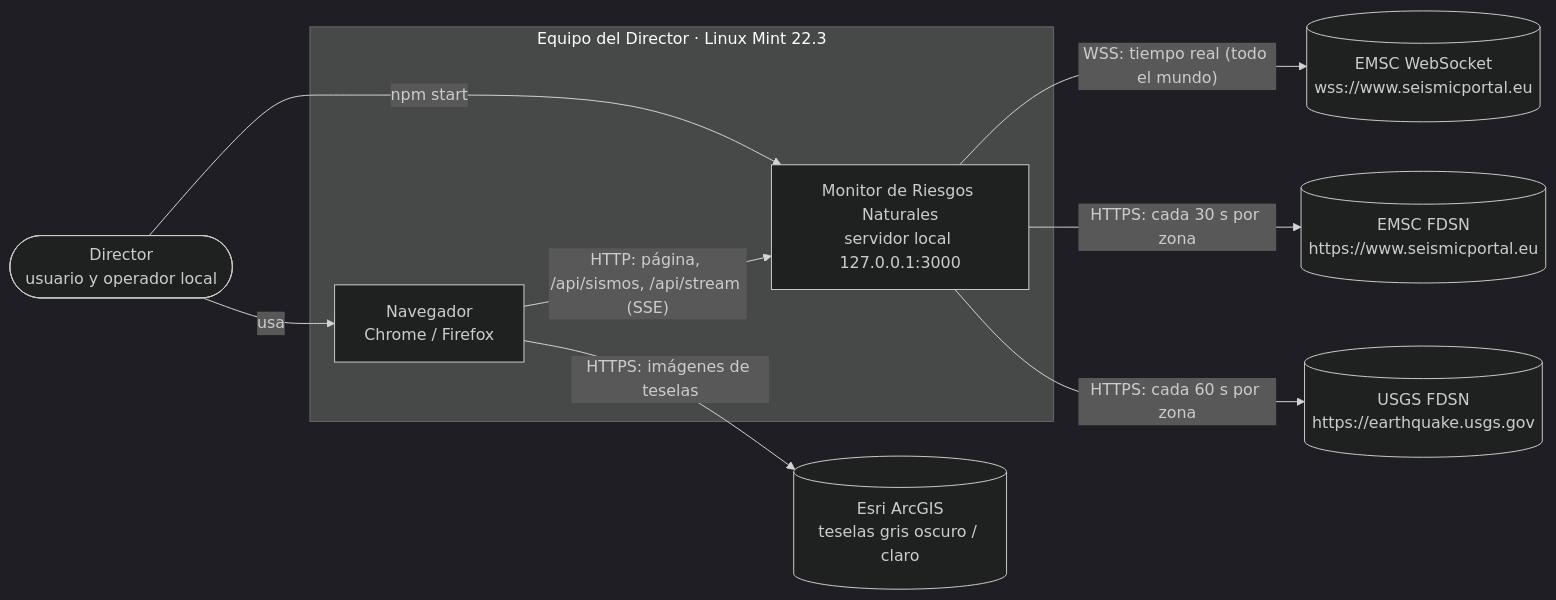
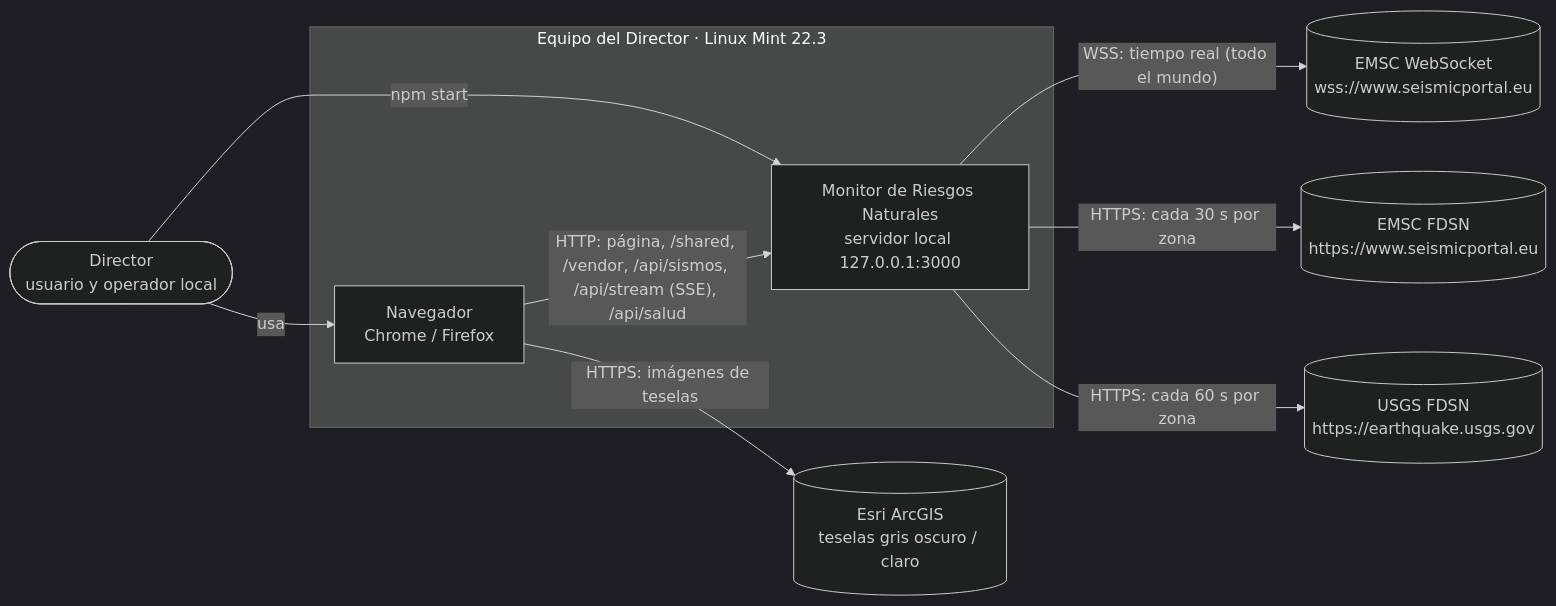
The first of 6 diagrams in docs/01-arquitectura.md (wpadillav/monitor_riesgos_naturales), drawn with Mermaid (dark theme) before and after one commit. The commit also changed other lines of this file, not shown here.

````diff
--- a/docs/01-arquitectura.md
+++ b/docs/01-arquitectura.md
@@ -46,20 +55,20 @@
 ```mermaid
 flowchart LR
   U(["Director<br/>usuario y operador local"])
   subgraph EQ["Equipo del Director · Linux Mint 22.3"]
     NAV["Navegador<br/>Chrome / Firefox"]
     SYS["Monitor de Riesgos Naturales<br/>servidor local 127.0.0.1:3000"]
   end
   EMSCWS[("EMSC WebSocket<br/>wss://www.seismicportal.eu")]
   EMSCF[("EMSC FDSN<br/>https://www.seismicportal.eu")]
   USGS[("USGS FDSN<br/>https://earthquake.usgs.gov")]
   ESRI[("Esri ArcGIS<br/>teselas gris oscuro / claro")]
 
   U -- "npm start" --> SYS
   U -- "usa" --> NAV
-  NAV -- "HTTP: página, /api/sismos, /api/stream (SSE)" --> SYS
+  NAV -- "HTTP: página, /shared, /vendor, /api/sismos, /api/stream (SSE), /api/salud" --> SYS
   NAV -- "HTTPS: imágenes de teselas" --> ESRI
   SYS -- "WSS: tiempo real (todo el mundo)" --> EMSCWS
   SYS -- "HTTPS: cada 30 s por zona" --> EMSCF
   SYS -- "HTTPS: cada 60 s por zona" --> USGS
 ```
````
